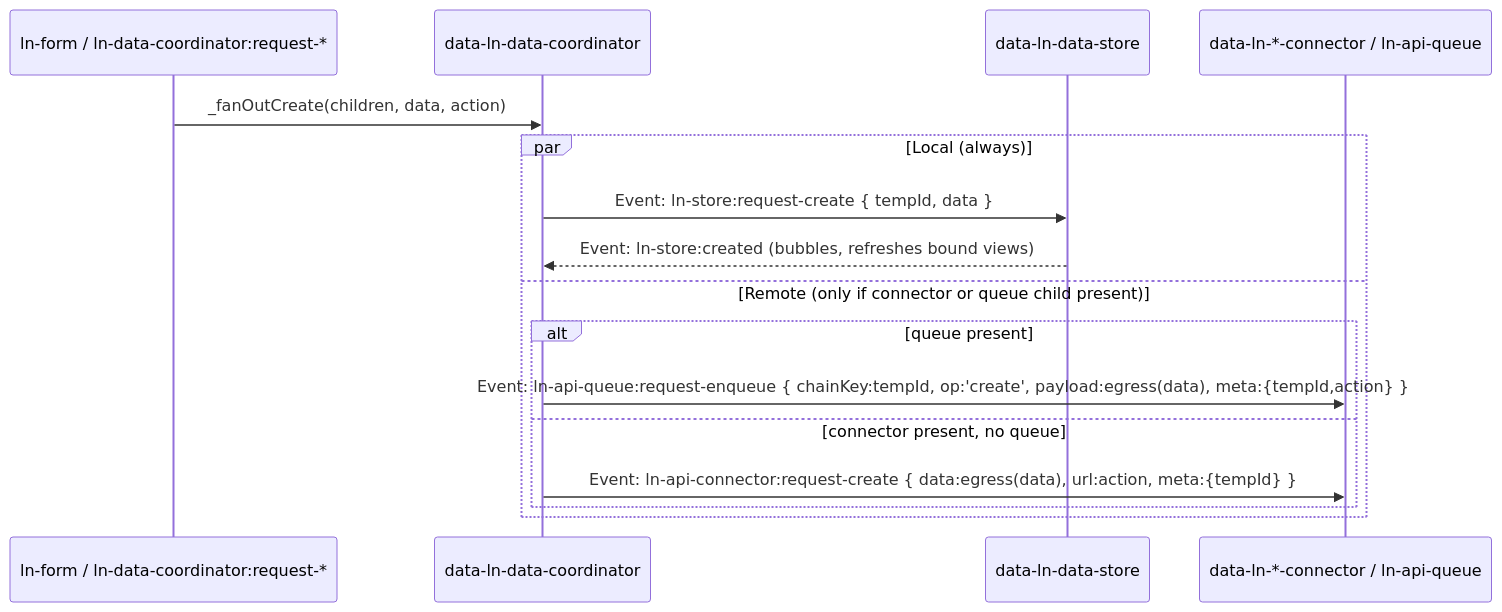
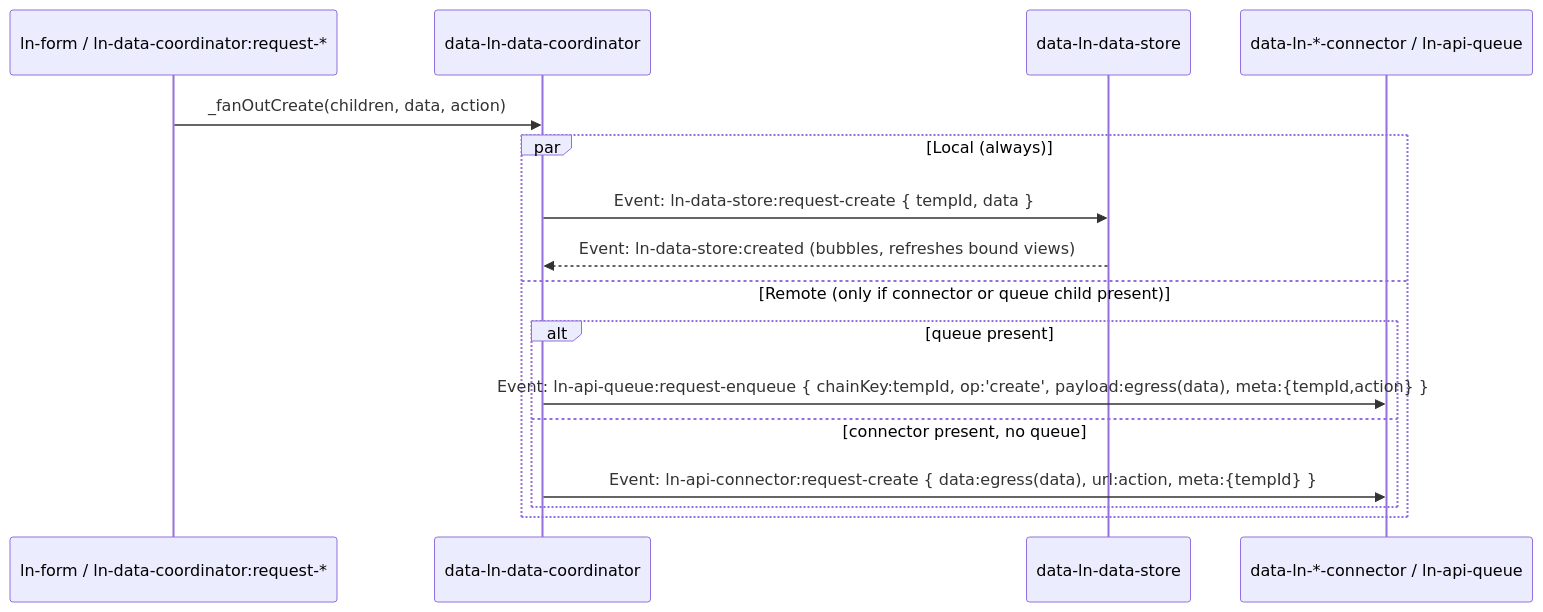
The first of 3 diagrams in js/ln-data-coordinator/README.md (livenetworks/ln-ashlar), drawn with Mermaid before and after one commit. The commit also changed other lines of this file and 58 other files, not shown here.

Commit message:
refactor(data-store): rename events to ln-data-store:* across components, demo, and docs

````diff
--- a/js/ln-data-coordinator/README.md
+++ b/js/ln-data-coordinator/README.md
@@ -202,19 +202,19 @@
 ```mermaid
 sequenceDiagram
     participant Intake as ln-form / ln-data-coordinator:request-*
     participant Coord as data-ln-data-coordinator
     participant Store as data-ln-data-store
     participant Gateway as data-ln-*-connector / ln-api-queue
 
     Intake->>Coord: _fanOutCreate(children, data, action)
     par Local (always)
-        Coord->>Store: Event: ln-store:request-create { tempId, data }
-        Store-->>Coord: Event: ln-store:created (bubbles, refreshes bound views)
+        Coord->>Store: Event: ln-data-store:request-create { tempId, data }
+        Store-->>Coord: Event: ln-data-store:created (bubbles, refreshes bound views)
     and Remote (only if connector or queue child present)
         alt queue present
             Coord->>Gateway: Event: ln-api-queue:request-enqueue { chainKey:tempId, op:'create', payload:egress(data), meta:{tempId,action} }
         else connector present, no queue
             Coord->>Gateway: Event: ln-api-connector:request-create { data:egress(data), url:action, meta:{tempId} }
         end
     end
 ```
````
